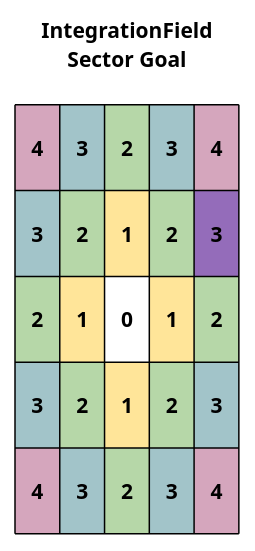
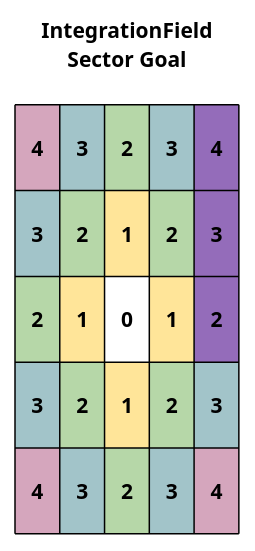
One commit to BlondeBurrito/bevy_flowfield_tiles_plugin changed the diagram in docs/png/int_field_sector_to_sector_0.puml. Above: the diagram before and after it, drawn with PlantUML. The commit also changed 74 other files, not shown here.

```diff
--- a/docs/png/int_field_sector_to_sector_0.puml
+++ b/docs/png/int_field_sector_to_sector_0.puml
@@ -1,13 +1,13 @@
 @startuml int_field_sector_to_sector_0
 
 title
 IntegrationField
 Sector Goal
 
-|<#d5a6bd>\n   4   \n|<#a2c4c9>\n   3   \n|<#b6d7a8>\n   2   \n|<#a2c4c9>\n   3   \n|<#d5a6bd>\n   4   \n|
+|<#d5a6bd>\n   4   \n|<#a2c4c9>\n   3   \n|<#b6d7a8>\n   2   \n|<#a2c4c9>\n   3   \n|<#946cba>\n   4   \n|
 |<#a2c4c9>\n   3   \n|<#b6d7a8>\n   2   \n|<#ffe599>\n   1   \n|<#b6d7a8>\n   2   \n|<#946cba>\n   3   \n|
-|<#b6d7a8>\n   2   \n|<#ffe599>\n   1   \n|\n   0   \n|<#ffe599>\n   1   \n|<#b6d7a8>\n   2   \n|
+|<#b6d7a8>\n   2   \n|<#ffe599>\n   1   \n|\n   0   \n|<#ffe599>\n   1   \n|<#946cba>\n   2   \n|
 |<#a2c4c9>\n   3   \n|<#b6d7a8>\n   2   \n|<#ffe599>\n   1   \n|<#b6d7a8>\n   2   \n|<#a2c4c9>\n   3   \n|
 |<#d5a6bd>\n   4   \n|<#a2c4c9>\n   3   \n|<#b6d7a8>\n   2   \n|<#a2c4c9>\n   3   \n|<#d5a6bd>\n   4   \n|
 end title
 @enduml
```
